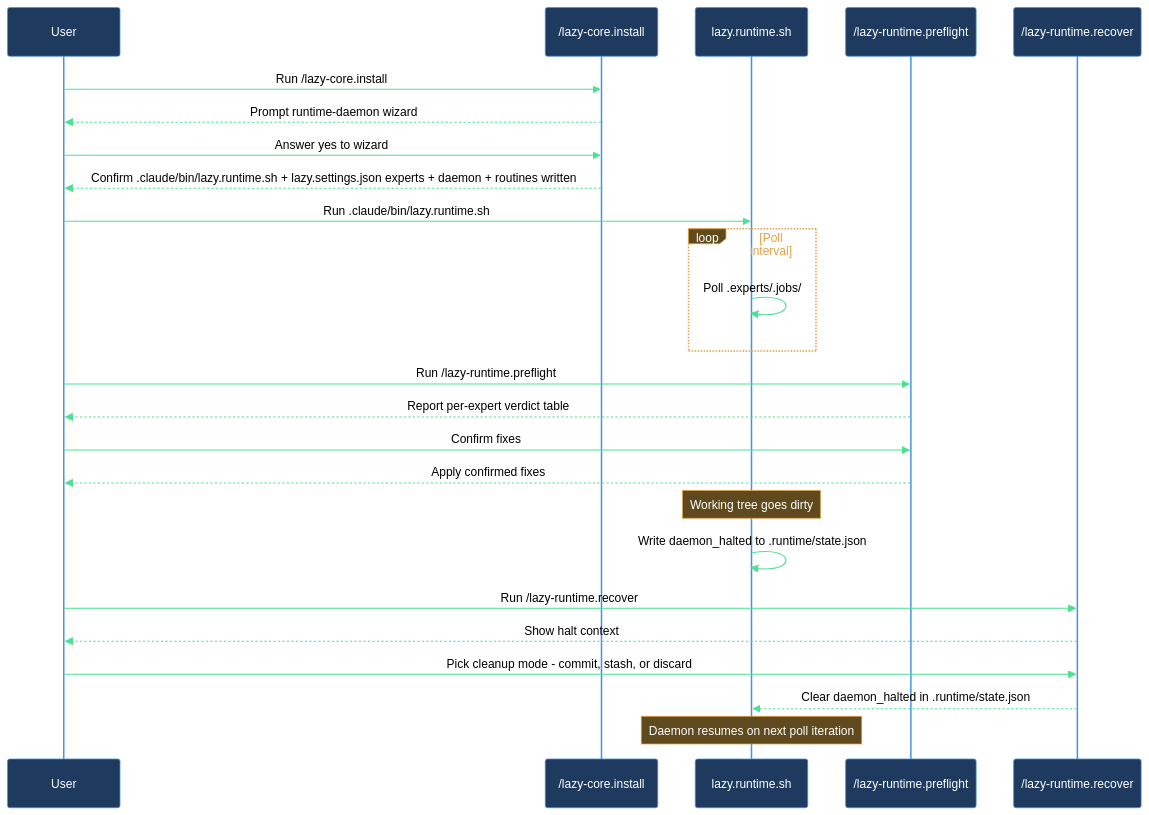
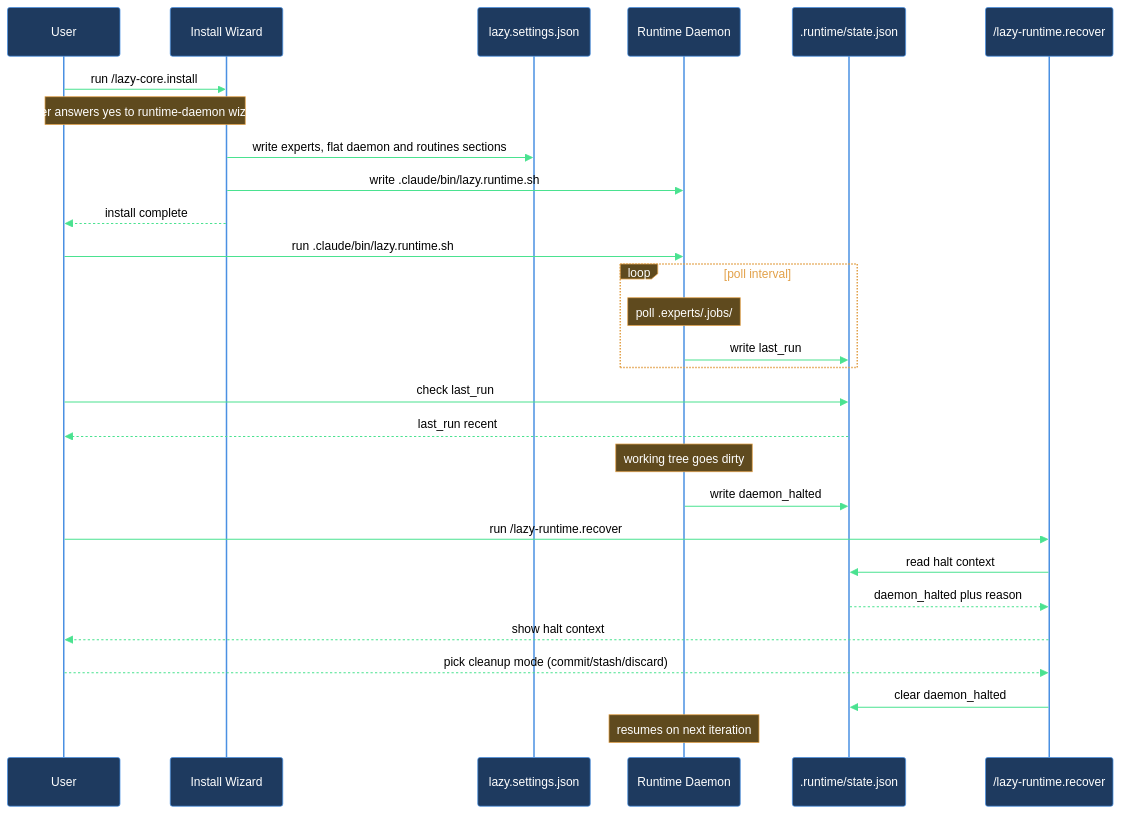
The diagram in claude/lazycortex-core/help/walkthroughs/setup-runtime.md (mebius-san/lazy-cortex), drawn with Mermaid before and after one commit. The commit also changed other lines of this file and 64 other files, not shown here.

````diff
--- a/claude/lazycortex-core/help/walkthroughs/setup-runtime.md
+++ b/claude/lazycortex-core/help/walkthroughs/setup-runtime.md
@@ -92,29 +78,32 @@
 ```mermaid
 %%{init: {'themeVariables':{'background':'transparent','primaryColor':'#1e3a5f','primaryBorderColor':'#4a90e2','primaryTextColor':'#fff','lineColor':'#4ae290','actorBkg':'#1e3a5f','actorBorder':'#4a90e2','actorTextColor':'#fff','actorLineColor':'#4a90e2','signalColor':'#4ae290','signalTextColor':'#000','noteBkgColor':'#5f4a1e','noteBorderColor':'#e2a14a','noteTextColor':'#fff','labelBoxBkgColor':'#5f4a1e','labelBoxBorderColor':'#e2a14a','labelTextColor':'#fff','loopTextColor':'#e2a14a'},'sequence':{'diagramPadding':5,'useMaxWidth':true}}}%%
 sequenceDiagram
   participant user as User
-  participant installSkill as /lazy-core.install
-  participant runtimeDaemon as lazy.runtime.sh
-  participant preflightSkill as /lazy-runtime.preflight
+  participant installWizard as Install Wizard
+  participant settingsFile as lazy.settings.json
+  participant daemon as Runtime Daemon
+  participant runtimeState as .runtime/state.json
   participant recoverSkill as /lazy-runtime.recover
 
-  user->>installSkill: Run /lazy-core.install
-  installSkill-->>user: Prompt runtime-daemon wizard
-  user->>installSkill: Answer yes to wizard
-  installSkill-->>user: Confirm .claude/bin/lazy.runtime.sh + lazy.settings.json experts + daemon + routines written
-  user->>runtimeDaemon: Run .claude/bin/lazy.runtime.sh
-  loop Poll interval
-    runtimeDaemon->>runtimeDaemon: Poll .experts/.jobs/
+  user->>installWizard: run /lazy-core.install
+  Note over user,installWizard: user answers yes to runtime-daemon wizard
+  installWizard->>settingsFile: write experts, flat daemon and routines sections
+  installWizard->>daemon: write .claude/bin/lazy.runtime.sh
+  installWizard-->>user: install complete
+  user->>daemon: run .claude/bin/lazy.runtime.sh
+  loop poll interval
+    Note over daemon: poll .experts/.jobs/
+    daemon->>runtimeState: write last_run
   end
-  user->>preflightSkill: Run /lazy-runtime.preflight
-  preflightSkill-->>user: Report per-expert verdict table
-  user->>preflightSkill: Confirm fixes
-  preflightSkill-->>user: Apply confirmed fixes
-  Note over runtimeDaemon: Working tree goes dirty
-  runtimeDaemon->>runtimeDaemon: Write daemon_halted to .runtime/state.json
-  user->>recoverSkill: Run /lazy-runtime.recover
-  recoverSkill-->>user: Show halt context
-  user->>recoverSkill: Pick cleanup mode - commit, stash, or discard
-  recoverSkill-->>runtimeDaemon: Clear daemon_halted in .runtime/state.json
-  Note over runtimeDaemon: Daemon resumes on next poll iteration
+  user->>runtimeState: check last_run
+  runtimeState-->>user: last_run recent
+  Note over daemon: working tree goes dirty
+  daemon->>runtimeState: write daemon_halted
+  user->>recoverSkill: run /lazy-runtime.recover
+  recoverSkill->>runtimeState: read halt context
+  runtimeState-->>recoverSkill: daemon_halted plus reason
+  recoverSkill-->>user: show halt context
+  user-->>recoverSkill: pick cleanup mode (commit/stash/discard)
+  recoverSkill->>runtimeState: clear daemon_halted
+  Note over daemon: resumes on next iteration
 ```
````
